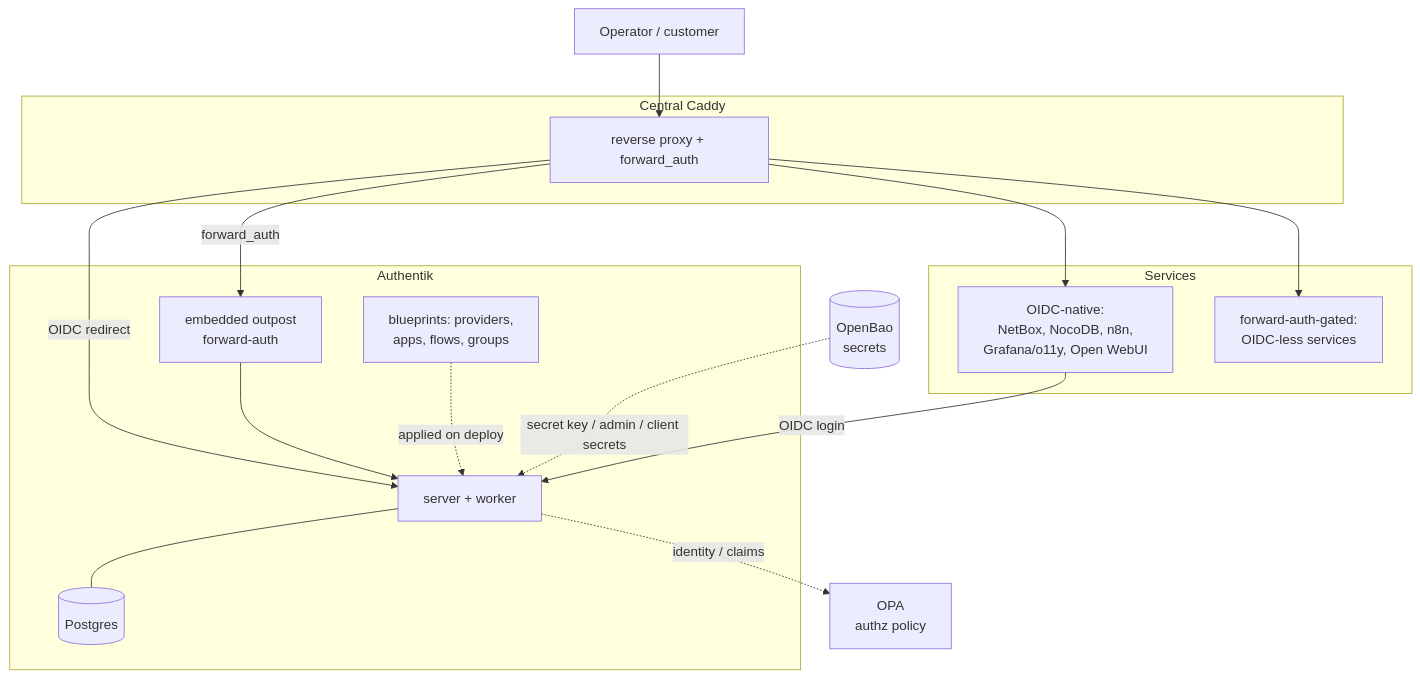
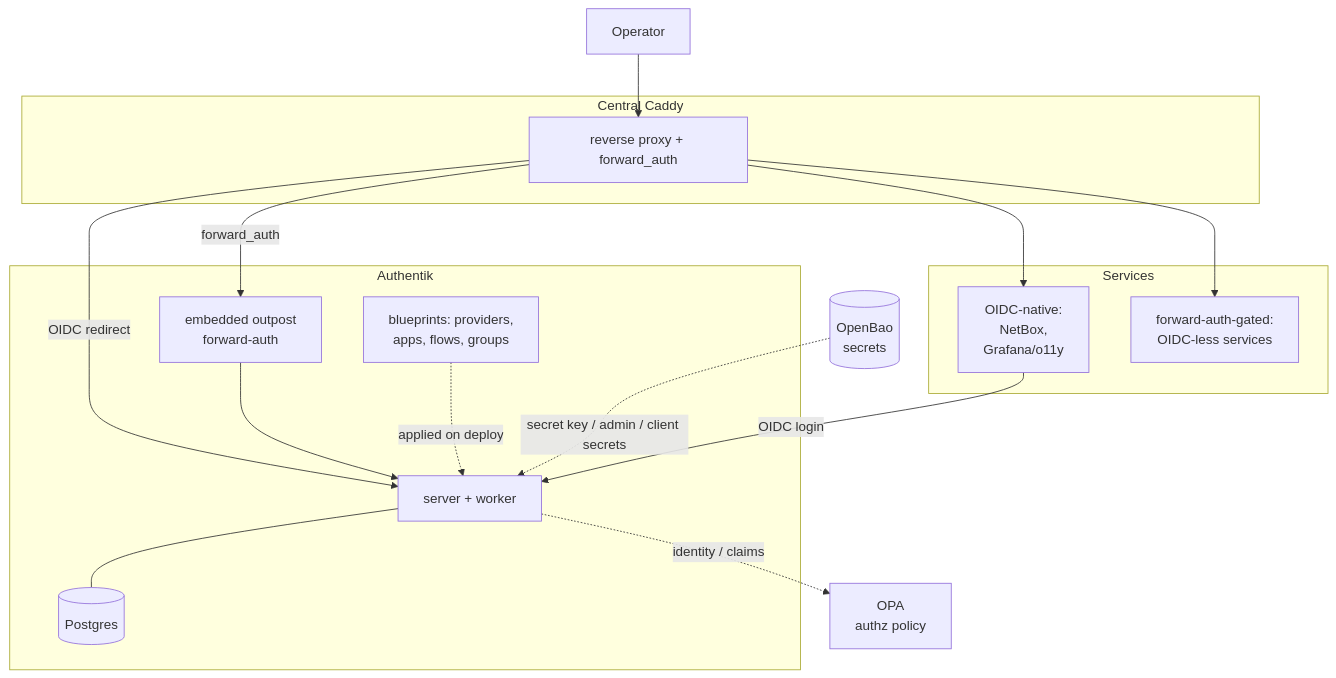
One commit to uhstray-io/agent-cloud changed the second of 2 diagrams in plan/development/02-sso-auth.md. Above: the diagram before and after it, drawn with Mermaid. The commit also changed other lines of this file and 16 other files, not shown here.

````diff
--- a/plan/development/02-sso-auth.md
+++ b/plan/development/02-sso-auth.md
@@ -89,31 +87,31 @@
 ```mermaid
 flowchart TB
-  USER[Operator / customer]
+  USER[Operator]
   subgraph edge[Central Caddy]
     CAD[reverse proxy + forward_auth]
   end
   subgraph idp[Authentik]
     AKS[server + worker]
     AKO[embedded outpost<br/>forward-auth]
     AKP[(Postgres)]
     BP[blueprints: providers,<br/>apps, flows, groups]
   end
   subgraph fleet[Services]
-    OIDC[OIDC-native:<br/>NetBox, NocoDB, n8n,<br/>Grafana/o11y, Open WebUI]
+    OIDC[OIDC-native:<br/>NetBox,<br/>Grafana/o11y]
     FWD[forward-auth-gated:<br/>OIDC-less services]
   end
   BAO[(OpenBao<br/>secrets)]
   OPA[OPA<br/>authz policy]
 
   USER --> CAD
   CAD -->|OIDC redirect| AKS
   CAD -->|forward_auth| AKO
   AKO --> AKS
   AKS --- AKP
   BP -.applied on deploy.-> AKS
   BAO -.secret key / admin / client secrets.-> AKS
   OIDC -->|OIDC login| AKS
   CAD --> OIDC
   CAD --> FWD
   AKS -.identity / claims.-> OPA
 ```
````
